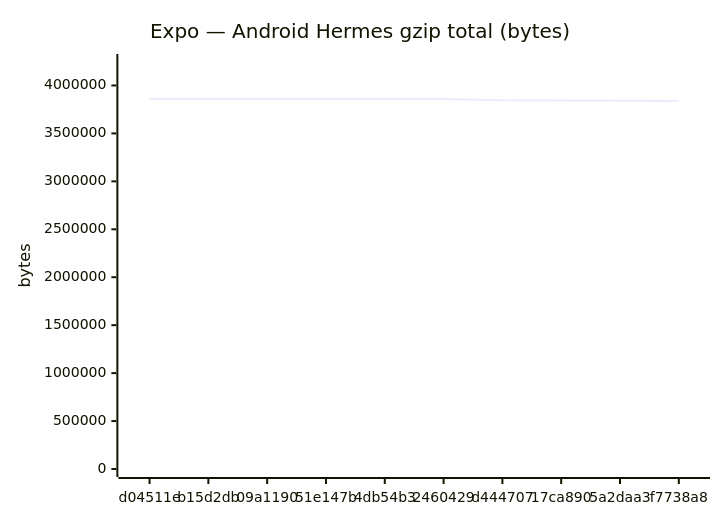
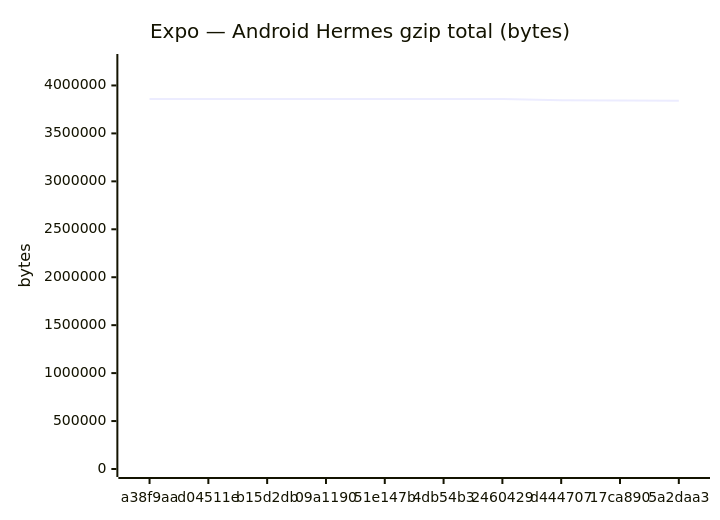
The fifth of 18 diagrams in benchmarks/compare.md (Metaheurist/Rianell), drawn with Mermaid before and after one commit. The commit also changed other lines of this file and 11 other files, not shown here.

````diff
--- a/benchmarks/compare.md
+++ b/benchmarks/compare.md
@@ -89,7 +89,7 @@
 ```mermaid
 xychart-beta
     title "Expo — Android Hermes gzip total (bytes)"
-    x-axis ["d04511e", "b15d2db", "09a1190", "51e147b", "4db54b3", "2460429", "d444707", "17ca890", "5a2daa3", "f7738a8"]
+    x-axis ["a38f9aa", "d04511e", "b15d2db", "09a1190", "51e147b", "4db54b3", "2460429", "d444707", "17ca890", "5a2daa3"]
     y-axis "bytes" 0 --> 4244641
-    line [3858192, 3858195, 3858763, 3858763, 3858762, 3858764, 3845905, 3843474, 3841087, 3837618]
+    line [3858192, 3858192, 3858195, 3858763, 3858763, 3858762, 3858764, 3845905, 3843474, 3841087]
 ```
````
